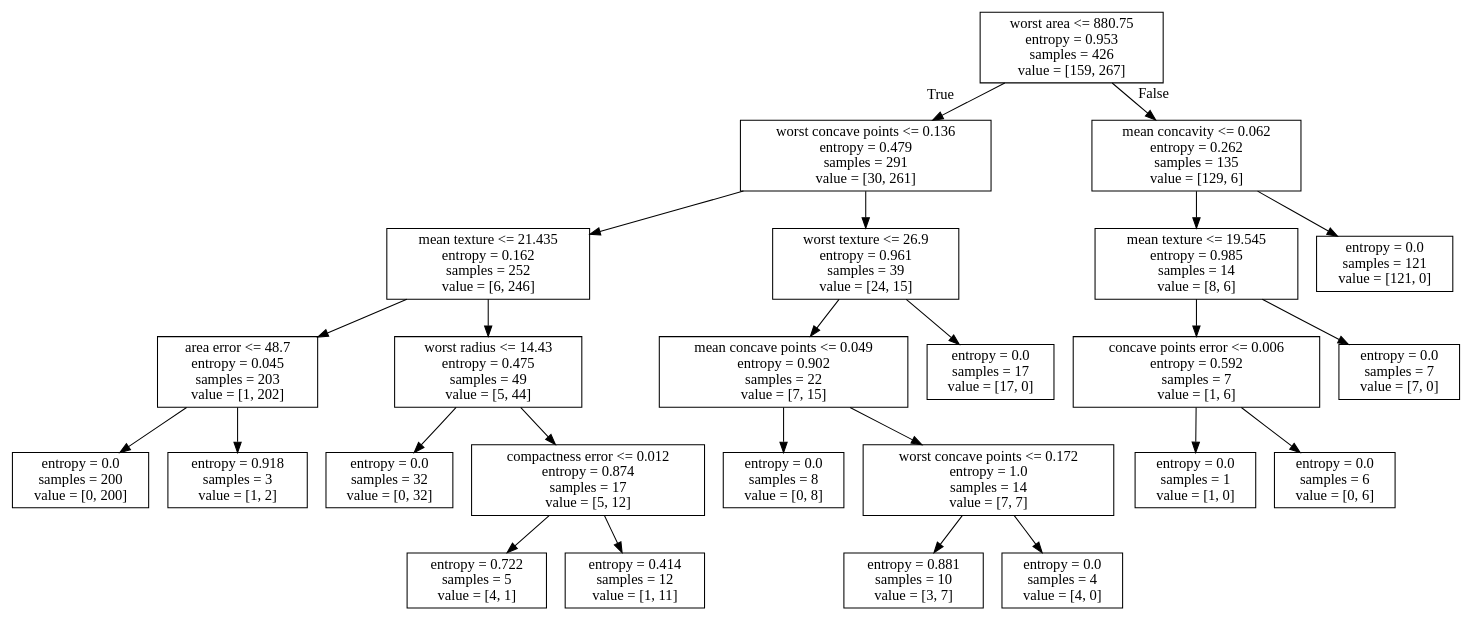
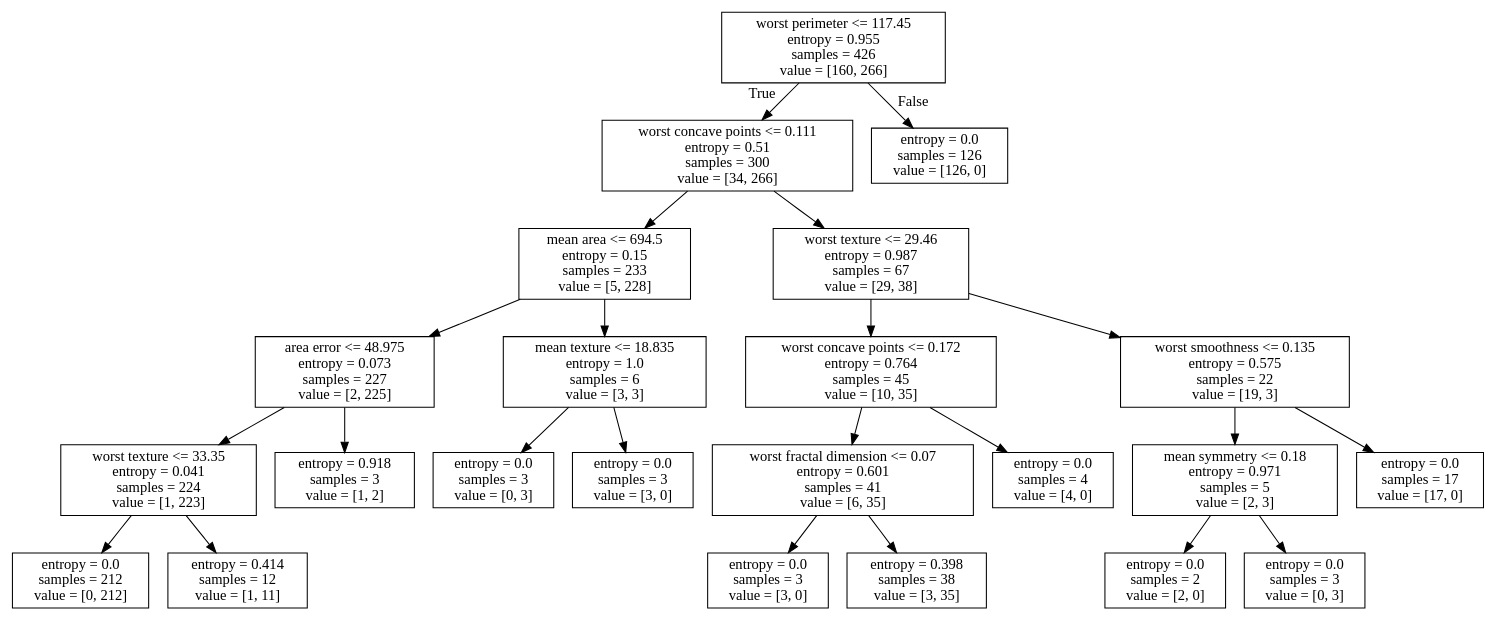
Before and after one commit to gomljo/DecisionTreeForPaper: the diagram in result/scikit-learn dot/breast cancer result-second.dot, drawn with Graphviz. The commit also changed 40 other files, not shown here.

```diff
--- a/result/scikit-learn dot/breast cancer result-second.dot
+++ b/result/scikit-learn dot/breast cancer result-second.dot
@@ -1,52 +1,48 @@
 digraph Tree {
 node [shape=box] ;
-0 [label="worst area <= 880.75\nentropy = 0.953\nsamples = 426\nvalue = [159, 267]"] ;
-1 [label="worst concave points <= 0.136\nentropy = 0.479\nsamples = 291\nvalue = [30, 261]"] ;
+0 [label="worst perimeter <= 117.45\nentropy = 0.955\nsamples = 426\nvalue = [160, 266]"] ;
+1 [label="worst concave points <= 0.111\nentropy = 0.51\nsamples = 300\nvalue = [34, 266]"] ;
 0 -> 1 [labeldistance=2.5, labelangle=45, headlabel="True"] ;
-2 [label="mean texture <= 21.435\nentropy = 0.162\nsamples = 252\nvalue = [6, 246]"] ;
+2 [label="mean area <= 694.5\nentropy = 0.15\nsamples = 233\nvalue = [5, 228]"] ;
 1 -> 2 ;
-3 [label="area error <= 48.7\nentropy = 0.045\nsamples = 203\nvalue = [1, 202]"] ;
+3 [label="area error <= 48.975\nentropy = 0.073\nsamples = 227\nvalue = [2, 225]"] ;
 2 -> 3 ;
-4 [label="entropy = 0.0\nsamples = 200\nvalue = [0, 200]"] ;
+4 [label="worst texture <= 33.35\nentropy = 0.041\nsamples = 224\nvalue = [1, 223]"] ;
 3 -> 4 ;
-5 [label="entropy = 0.918\nsamples = 3\nvalue = [1, 2]"] ;
-3 -> 5 ;
-6 [label="worst radius <= 14.43\nentropy = 0.475\nsamples = 49\nvalue = [5, 44]"] ;
-2 -> 6 ;
-7 [label="entropy = 0.0\nsamples = 32\nvalue = [0, 32]"] ;
-6 -> 7 ;
-8 [label="compactness error <= 0.012\nentropy = 0.874\nsamples = 17\nvalue = [5, 12]"] ;
-6 -> 8 ;
-9 [label="entropy = 0.722\nsamples = 5\nvalue = [4, 1]"] ;
+5 [label="entropy = 0.0\nsamples = 212\nvalue = [0, 212]"] ;
+4 -> 5 ;
+6 [label="entropy = 0.414\nsamples = 12\nvalue = [1, 11]"] ;
+4 -> 6 ;
+7 [label="entropy = 0.918\nsamples = 3\nvalue = [1, 2]"] ;
+3 -> 7 ;
+8 [label="mean texture <= 18.835\nentropy = 1.0\nsamples = 6\nvalue = [3, 3]"] ;
+2 -> 8 ;
+9 [label="entropy = 0.0\nsamples = 3\nvalue = [0, 3]"] ;
 8 -> 9 ;
-10 [label="entropy = 0.414\nsamples = 12\nvalue = [1, 11]"] ;
+10 [label="entropy = 0.0\nsamples = 3\nvalue = [3, 0]"] ;
 8 -> 10 ;
-11 [label="worst texture <= 26.9\nentropy = 0.961\nsamples = 39\nvalue = [24, 15]"] ;
+11 [label="worst texture <= 29.46\nentropy = 0.987\nsamples = 67\nvalue = [29, 38]"] ;
 1 -> 11 ;
-12 [label="mean concave points <= 0.049\nentropy = 0.902\nsamples = 22\nvalue = [7, 15]"] ;
+12 [label="worst concave points <= 0.172\nentropy = 0.764\nsamples = 45\nvalue = [10, 35]"] ;
 11 -> 12 ;
-13 [label="entropy = 0.0\nsamples = 8\nvalue = [0, 8]"] ;
+13 [label="worst fractal dimension <= 0.07\nentropy = 0.601\nsamples = 41\nvalue = [6, 35]"] ;
 12 -> 13 ;
-14 [label="worst concave points <= 0.172\nentropy = 1.0\nsamples = 14\nvalue = [7, 7]"] ;
-12 -> 14 ;
-15 [label="entropy = 0.881\nsamples = 10\nvalue = [3, 7]"] ;
-14 -> 15 ;
+14 [label="entropy = 0.0\nsamples = 3\nvalue = [3, 0]"] ;
+13 -> 14 ;
+15 [label="entropy = 0.398\nsamples = 38\nvalue = [3, 35]"] ;
+13 -> 15 ;
 16 [label="entropy = 0.0\nsamples = 4\nvalue = [4, 0]"] ;
-14 -> 16 ;
-17 [label="entropy = 0.0\nsamples = 17\nvalue = [17, 0]"] ;
+12 -> 16 ;
+17 [label="worst smoothness <= 0.135\nentropy = 0.575\nsamples = 22\nvalue = [19, 3]"] ;
 11 -> 17 ;
-18 [label="mean concavity <= 0.062\nentropy = 0.262\nsamples = 135\nvalue = [129, 6]"] ;
-0 -> 18 [labeldistance=2.5, labelangle=-45, headlabel="False"] ;
-19 [label="mean texture <= 19.545\nentropy = 0.985\nsamples = 14\nvalue = [8, 6]"] ;
+18 [label="mean symmetry <= 0.18\nentropy = 0.971\nsamples = 5\nvalue = [2, 3]"] ;
+17 -> 18 ;
+19 [label="entropy = 0.0\nsamples = 2\nvalue = [2, 0]"] ;
 18 -> 19 ;
-20 [label="concave points error <= 0.006\nentropy = 0.592\nsamples = 7\nvalue = [1, 6]"] ;
-19 -> 20 ;
-21 [label="entropy = 0.0\nsamples = 1\nvalue = [1, 0]"] ;
-20 -> 21 ;
-22 [label="entropy = 0.0\nsamples = 6\nvalue = [0, 6]"] ;
-20 -> 22 ;
-23 [label="entropy = 0.0\nsamples = 7\nvalue = [7, 0]"] ;
-19 -> 23 ;
-24 [label="entropy = 0.0\nsamples = 121\nvalue = [121, 0]"] ;
-18 -> 24 ;
+20 [label="entropy = 0.0\nsamples = 3\nvalue = [0, 3]"] ;
+18 -> 20 ;
+21 [label="entropy = 0.0\nsamples = 17\nvalue = [17, 0]"] ;
+17 -> 21 ;
+22 [label="entropy = 0.0\nsamples = 126\nvalue = [126, 0]"] ;
+0 -> 22 [labeldistance=2.5, labelangle=-45, headlabel="False"] ;
 }
```
